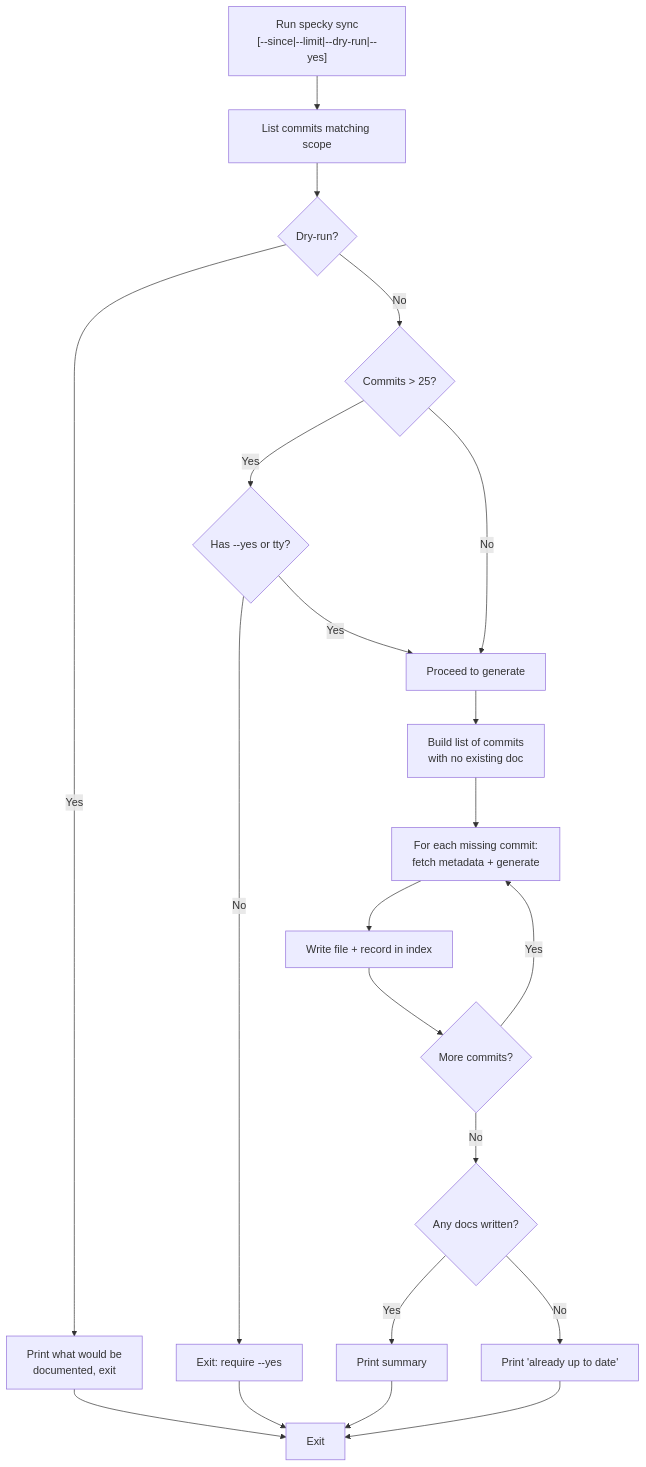
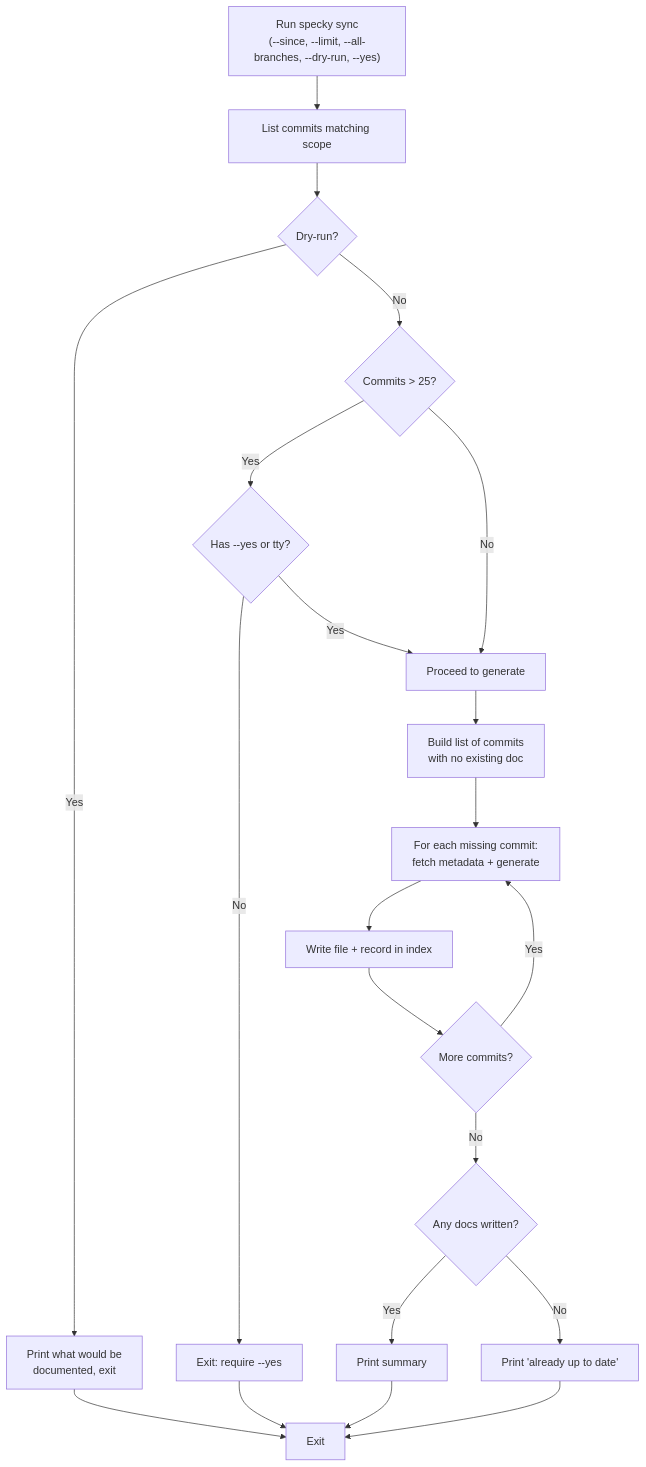
Before and after one commit to danyyacoub/specky: the diagram in specs/cli/sync.md, drawn with Mermaid. The commit also changed other lines of this file and 5 other files, not shown here.

First line of the commit message:
Match history docs on the full sha, and add sync --all-branches

````diff
--- a/specs/cli/sync.md
+++ b/specs/cli/sync.md
@@ -22,23 +22,23 @@
 ```mermaid
 flowchart TD
-    A["Run specky sync<br/>[--since|--limit|--dry-run|--yes]"] --> B["List commits matching scope"]
+    A["Run specky sync<br/>(--since, --limit, --all-branches, --dry-run, --yes)"] --> B["List commits matching scope"]
     B --> C{"Dry-run?"}
     C -->|Yes| D["Print what would be<br/>documented, exit"]
     C -->|No| E{"Commits > 25?"}
     E -->|Yes| F{"Has --yes or tty?"}
     F -->|No| G["Exit: require --yes"]
     F -->|Yes| H["Proceed to generate"]
     E -->|No| H
     H --> I["Build list of commits<br/>with no existing doc"]
     I --> J["For each missing commit:<br/>fetch metadata + generate"]
     J --> K["Write file + record in index"]
     K --> L{"More commits?"}
     L -->|Yes| J
     L -->|No| M{"Any docs written?"}
     M -->|Yes| N["Print summary"]
     M -->|No| O["Print 'already up to date'"]
     D --> P["Exit"]
     G --> P
     N --> P
     O --> P
 ```
````
